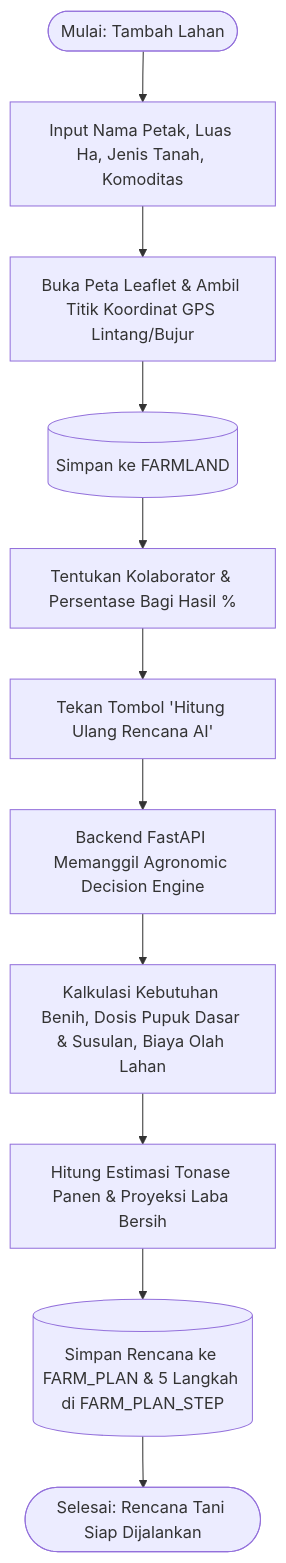
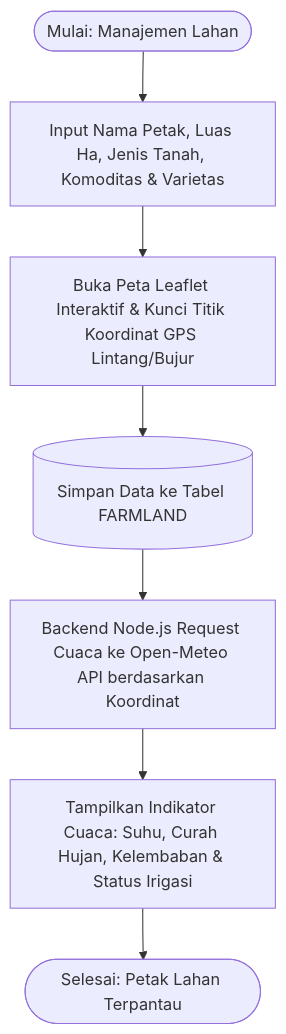
One commit to ombay86/agribuddy changed the second of 6 diagrams in FLOWCHART_AgriBuddy.md. Above: the diagram before and after it, drawn with Mermaid. The commit also changed other lines of this file and 14 other files, not shown here.

Commit message:
docs: perbarui PRD, ERD, Use Case, Flowchart, dan Activity Diagram sesuai arsitektur Node.js & Gemini AI

````diff
--- a/FLOWCHART_AgriBuddy.md
+++ b/FLOWCHART_AgriBuddy.md
@@ -152,13 +133,9 @@
 ```mermaid
 flowchart TD
-    S1([Mulai: Tambah Lahan]) --> In1[Input Nama Petak, Luas Ha, Jenis Tanah, Komoditas]
-    In1 --> GPS1[Buka Peta Leaflet & Ambil Titik Koordinat GPS Lintang/Bujur]
-    GPS1 --> D1[(Simpan ke FARMLAND)]
-    D1 --> Col1[Tentukan Kolaborator & Persentase Bagi Hasil %]
-    Col1 --> ClickAI[Tekan Tombol 'Hitung Ulang Rencana AI']
-    ClickAI --> CallEngine[Backend FastAPI Memanggil Agronomic Decision Engine]
-    CallEngine --> CalcRAB[Kalkulasi Kebutuhan Benih, Dosis Pupuk Dasar & Susulan, Biaya Olah Lahan]
-    CalcRAB --> EstYield[Hitung Estimasi Tonase Panen & Proyeksi Laba Bersih]
-    EstYield --> D2[(Simpan Rencana ke FARM_PLAN & 5 Langkah di FARM_PLAN_STEP)]
-    D2 --> End1([Selesai: Rencana Tani Siap Dijalankan])
+    S1([Mulai: Manajemen Lahan]) --> In1[Input Nama Petak, Luas Ha, Jenis Tanah, Komoditas & Varietas]
+    In1 --> GPS1[Buka Peta Leaflet Interaktif & Kunci Titik Koordinat GPS Lintang/Bujur]
+    GPS1 --> D1[(Simpan Data ke Tabel FARMLAND)]
+    D1 --> FetchApi[Backend Node.js Request Cuaca ke Open-Meteo API berdasarkan Koordinat]
+    FetchApi --> ShowDash[Tampilkan Indikator Cuaca: Suhu, Curah Hujan, Kelembaban & Status Irigasi]
+    ShowDash --> End1([Selesai: Petak Lahan Terpantau])
 ```
````
